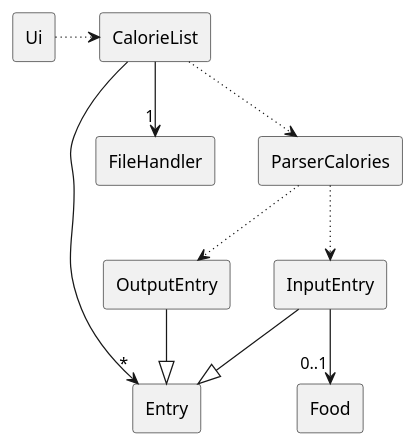
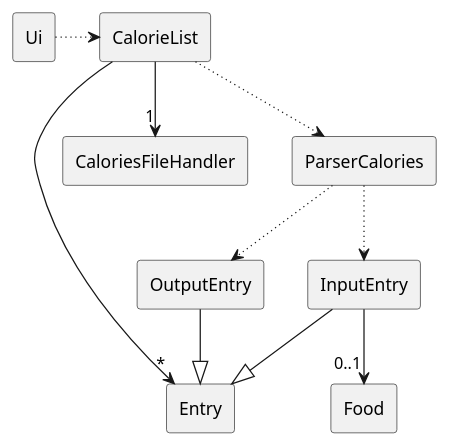
The diagram in docs/diagrams/calories.puml (AY2324S2-CS2113-F15-2/tp), drawn with PlantUML before and after one commit. The commit also changed 9 other files, not shown here.

```diff
--- a/docs/diagrams/calories.puml
+++ b/docs/diagrams/calories.puml
@@ -1,26 +1,26 @@
 @startuml
 
 rectangle CalorieList
 rectangle InputEntry
 rectangle OutputEntry
 rectangle Food
 
 rectangle Entry
-rectangle FileHandler
+rectangle CaloriesFileHandler
 rectangle Ui
 rectangle ParserCalories
 
 CalorieList -> "*" Entry
-CalorieList --> "1" FileHandler
+CalorieList --> "1" CaloriesFileHandler
 CalorieList --[dotted]> ParserCalories
 
 Ui -[dotted]> CalorieList
 
 InputEntry --|> Entry
 OutputEntry --|> Entry
 InputEntry --> "0..1" Food
 
 ParserCalories -[dotted]-> InputEntry
 ParserCalories -[dotted]-> OutputEntry
 
 @enduml
```
